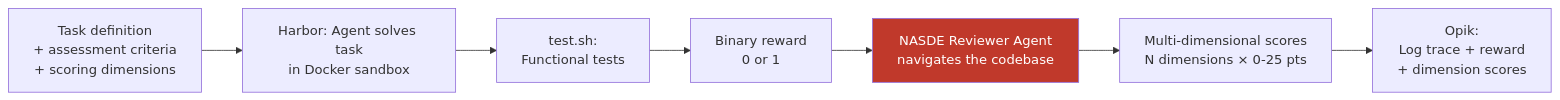
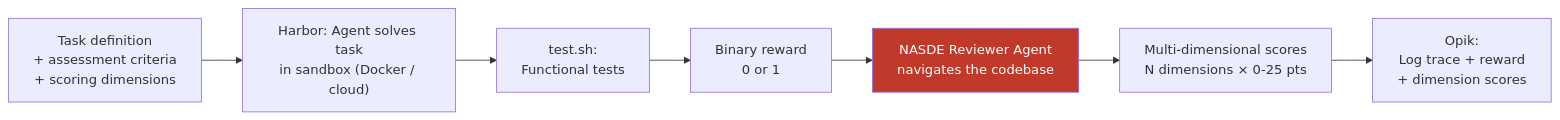
The second of 2 diagrams in README.md (NoesisVision/nasde-toolkit), drawn with Mermaid before and after one commit. The commit also changed other lines of this file and 10 other files, not shown here.

First line of the commit message:
Add cloud sandbox provider support (--harbor-env) and ARCHITECTURE.md

````diff
--- a/README.md
+++ b/README.md
@@ -33,11 +33,11 @@
 ```mermaid
 flowchart LR
-    A["Task definition\n+ assessment criteria\n+ scoring dimensions"] --> B["Harbor: Agent solves task\nin Docker sandbox"]
+    A["Task definition\n+ assessment criteria\n+ scoring dimensions"] --> B["Harbor: Agent solves task\nin sandbox (Docker / cloud)"]
     B --> C["test.sh:\nFunctional tests"]
     C --> D["Binary reward\n0 or 1"]
     D --> E["NASDE Reviewer Agent\nnavigates the codebase"]
     E --> F["Multi-dimensional scores\nN dimensions × 0-25 pts"]
     F --> G["Opik:\nLog trace + reward\n+ dimension scores"]
 
     style E fill:#c0392b,color:#fff
 ```
````
